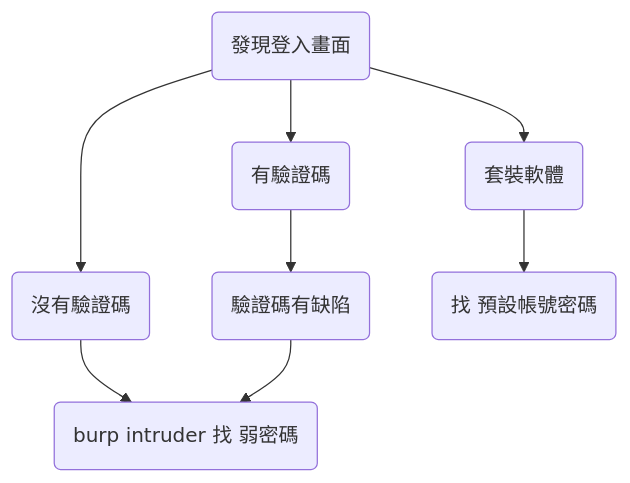
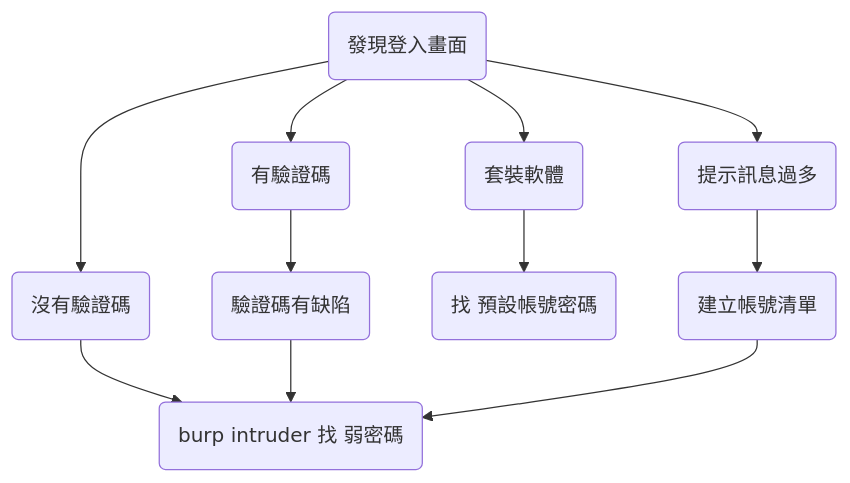
The third of 3 diagrams in 流程圖/白帽流程圖.md (awchjimmy/linux-journey), drawn with Mermaid before and after one commit.

````diff
--- a/流程圖/白帽流程圖.md
+++ b/流程圖/白帽流程圖.md
@@ -29,11 +29,14 @@
 ```mermaid
 flowchart TD
     id1(發現登入畫面) --> id101(沒有驗證碼)
     id1 --> id102(有驗證碼)
     id1 --> id103(套裝軟體)
+    id1 --> id104(提示訊息過多)
     
     id101 --> id10101(burp intruder 找 弱密碼)
     id102 --> id10201(驗證碼有缺陷)
     id10201 --> id10101
     id103 --> id10301(找 預設帳號密碼)
+    id104 --> id10401(建立帳號清單)
+    id10401 --> id10101
 ```
````
